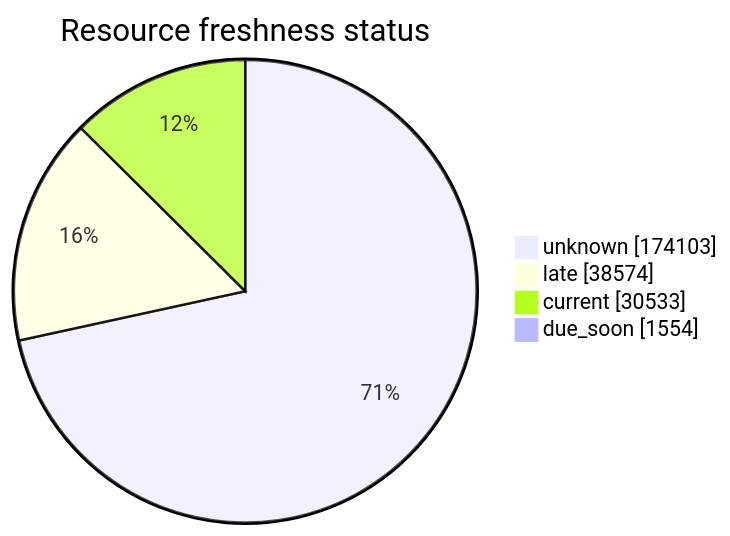
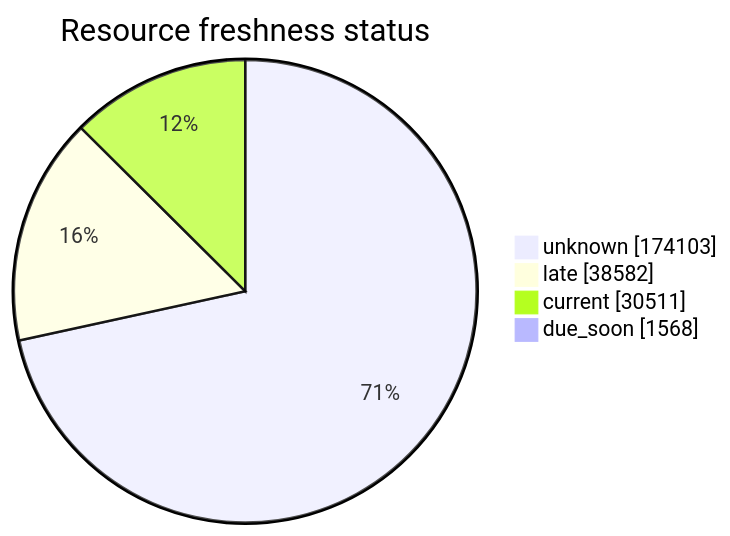
Before and after one commit to open-data/analytics-corporate-reporting: the third of 5 diagrams in FreshCheck/README.md, drawn with Mermaid. The commit also changed other lines of this file and 3 other files, not shown here.

````diff
--- a/FreshCheck/README.md
+++ b/FreshCheck/README.md
@@ -77,7 +77,7 @@
 ```mermaid
 pie showData title Resource freshness status
     "unknown": 174103
-    "late": 38574
-    "current": 30533
-    "due_soon": 1554
+    "late": 38582
+    "current": 30511
+    "due_soon": 1568
 ```
````
